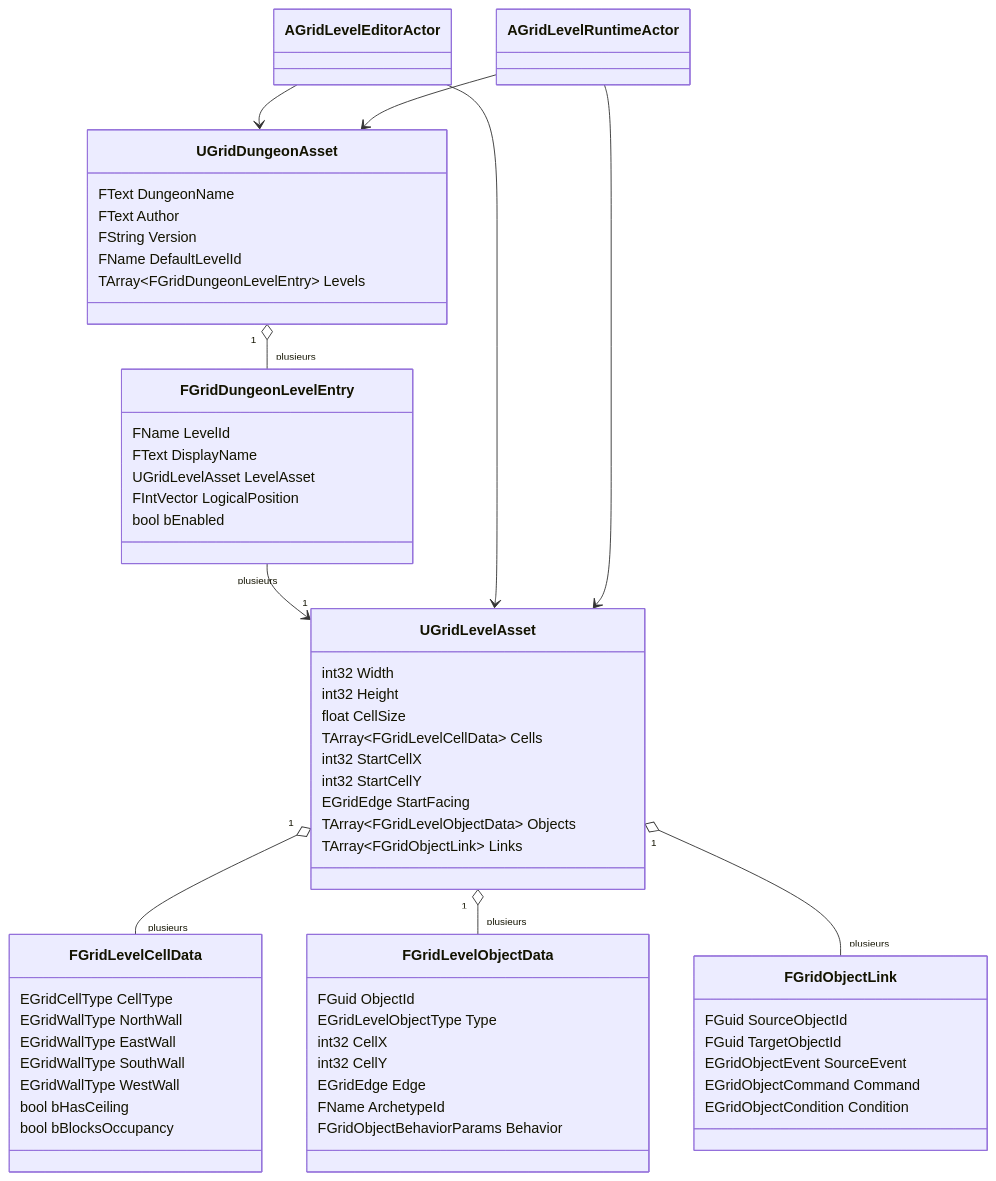
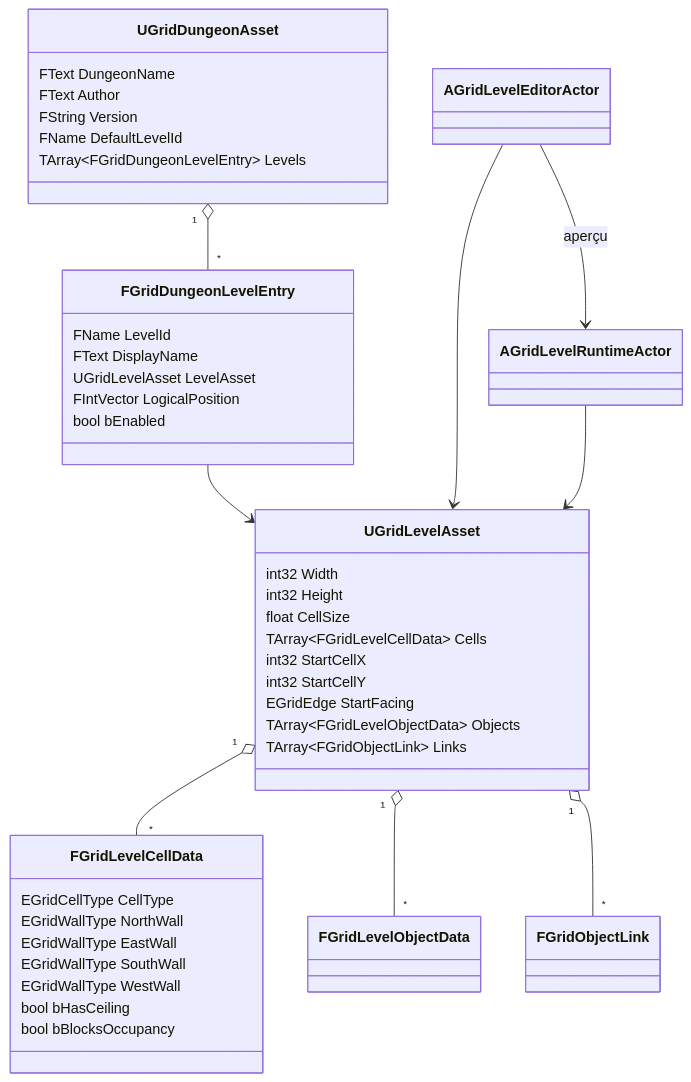
Before and after one commit to PhilippeMartin1964/GrimrockPrototype: the fourth of 4 diagrams in docs/Architecture/CORE_DUNGEON_LEVEL_GRID.md, drawn with Mermaid. The commit also changed other lines of this file, not shown here.

Commit message:
Review core dungeon grid documentation against code

````diff
--- a/docs/Architecture/CORE_DUNGEON_LEVEL_GRID.md
+++ b/docs/Architecture/CORE_DUNGEON_LEVEL_GRID.md
@@ -554,71 +542,50 @@
 ```mermaid
 classDiagram
     class UGridDungeonAsset {
         FText DungeonName
         FText Author
         FString Version
         FName DefaultLevelId
         TArray~FGridDungeonLevelEntry~ Levels
     }
-
     class FGridDungeonLevelEntry {
         FName LevelId
         FText DisplayName
         UGridLevelAsset LevelAsset
         FIntVector LogicalPosition
         bool bEnabled
     }
-
     class UGridLevelAsset {
         int32 Width
         int32 Height
         float CellSize
         TArray~FGridLevelCellData~ Cells
         int32 StartCellX
         int32 StartCellY
         EGridEdge StartFacing
         TArray~FGridLevelObjectData~ Objects
         TArray~FGridObjectLink~ Links
     }
-
     class FGridLevelCellData {
         EGridCellType CellType
         EGridWallType NorthWall
         EGridWallType EastWall
         EGridWallType SouthWall
         EGridWallType WestWall
         bool bHasCeiling
         bool bBlocksOccupancy
     }
-
-    class FGridLevelObjectData {
-        FGuid ObjectId
-        EGridLevelObjectType Type
-        int32 CellX
-        int32 CellY
-        EGridEdge Edge
-        FName ArchetypeId
-        FGridObjectBehaviorParams Behavior
-    }
-
-    class FGridObjectLink {
-        FGuid SourceObjectId
-        FGuid TargetObjectId
-        EGridObjectEvent SourceEvent
-        EGridObjectCommand Command
-        EGridObjectCondition Condition
-    }
-
+    class FGridLevelObjectData
+    class FGridObjectLink
     class AGridLevelEditorActor
     class AGridLevelRuntimeActor
 
-    UGridDungeonAsset "1" o-- "plusieurs" FGridDungeonLevelEntry
-    FGridDungeonLevelEntry "plusieurs" --> "1" UGridLevelAsset
-    UGridLevelAsset "1" o-- "plusieurs" FGridLevelCellData
-    UGridLevelAsset "1" o-- "plusieurs" FGridLevelObjectData
-    UGridLevelAsset "1" o-- "plusieurs" FGridObjectLink
+    UGridDungeonAsset "1" o-- "*" FGridDungeonLevelEntry
+    FGridDungeonLevelEntry --> UGridLevelAsset
+    UGridLevelAsset "1" o-- "*" FGridLevelCellData
+    UGridLevelAsset "1" o-- "*" FGridLevelObjectData
+    UGridLevelAsset "1" o-- "*" FGridObjectLink
     AGridLevelEditorActor --> UGridLevelAsset
-    AGridLevelEditorActor --> UGridDungeonAsset
+    AGridLevelEditorActor --> AGridLevelRuntimeActor : aperçu
     AGridLevelRuntimeActor --> UGridLevelAsset
-    AGridLevelRuntimeActor --> UGridDungeonAsset
 ```
````
